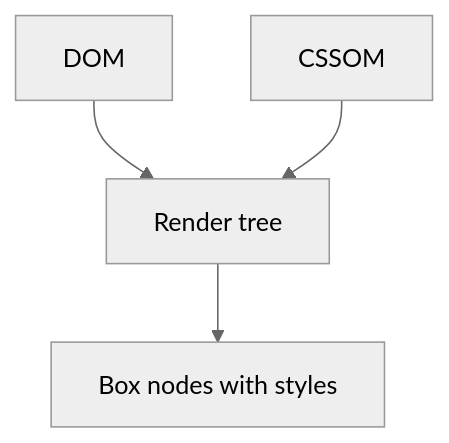
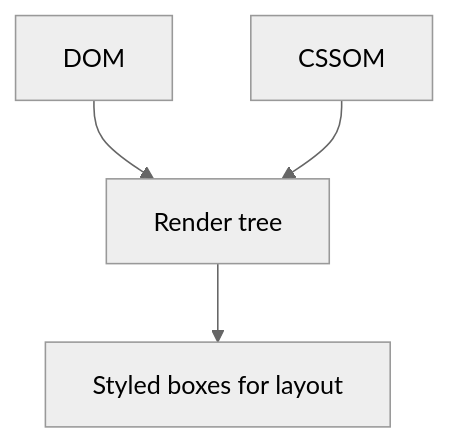
One commit to prajjwaljogdand/FullstackPreparation changed the fifth of 7 diagrams in docs/javascript/20-rendering.md. Above: the diagram before and after it, drawn with Mermaid (neutral theme). The commit also changed other lines of this file and 91 other files, not shown here.

````diff
--- a/docs/javascript/20-rendering.md
+++ b/docs/javascript/20-rendering.md
@@ -110,6 +247,6 @@
 ```mermaid
 flowchart TB
   DOM --> RT["Render tree"]
   CSSOM --> RT
-  RT --> boxes["Box nodes with styles"]
+  RT --> boxes["Styled boxes for layout"]
 ```
````
